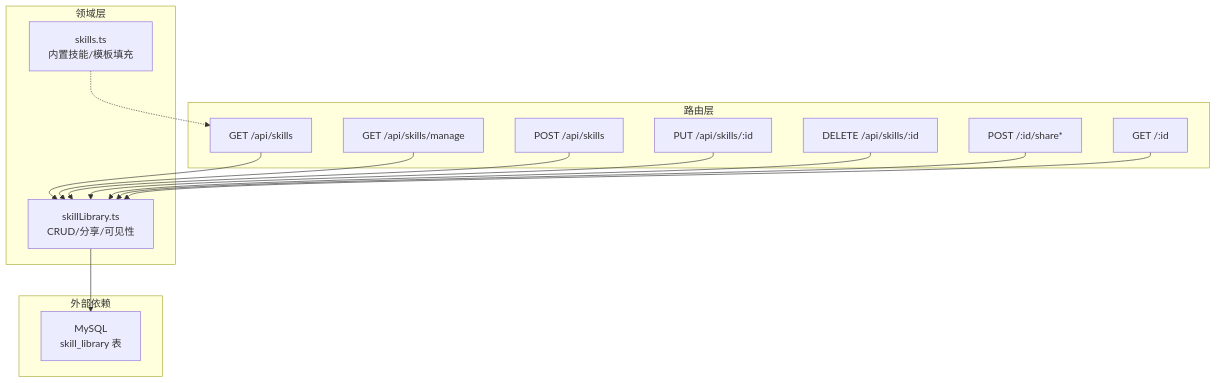
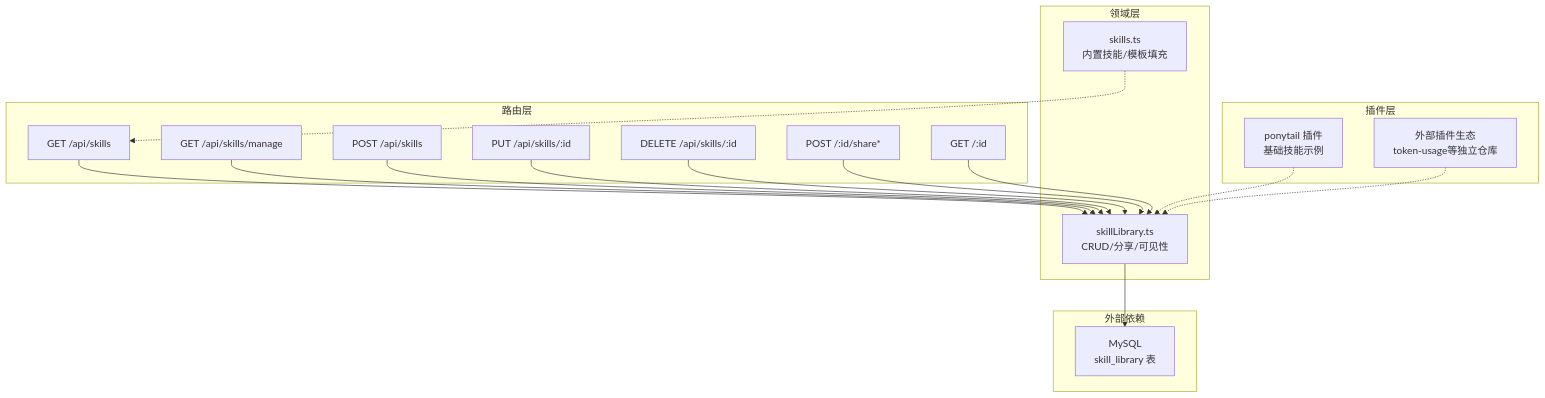
The first of 6 diagrams in .qoder/repowiki/zh/content/后端服务/核心业务模块/技能系统.md (dgjin/smart-data-analytics), drawn with Mermaid before and after one commit. The commit also changed other lines of this file and 146 other files, not shown here.

````diff
--- a/.qoder/repowiki/zh/content/后端服务/核心业务模块/技能系统.md
+++ b/.qoder/repowiki/zh/content/后端服务/核心业务模块/技能系统.md
@@ -35,28 +45,34 @@
 ```mermaid
 graph TB
 subgraph "路由层"
 R1["GET /api/skills"]
 R2["GET /api/skills/manage"]
 R3["POST /api/skills"]
 R4["PUT /api/skills/:id"]
 R5["DELETE /api/skills/:id"]
 R6["POST /:id/share*"]
 R7["GET /:id"]
 end
 subgraph "领域层"
 L1["skillLibrary.ts<br/>CRUD/分享/可见性"]
 L2["skills.ts<br/>内置技能/模板填充"]
 end
+subgraph "插件层"
+P1["ponytail 插件<br/>基础技能示例"]
+P2["外部插件生态<br/>token-usage等独立仓库"]
+end
 subgraph "外部依赖"
 DB["MySQL<br/>skill_library 表"]
 end
 R1 --> L1
 R2 --> L1
 R3 --> L1
 R4 --> L1
 R5 --> L1
 R6 --> L1
 R7 --> L1
 L1 --> DB
 L2 -.-> R1
+P1 -.-> L1
+P2 -.-> L1
 ```
````
